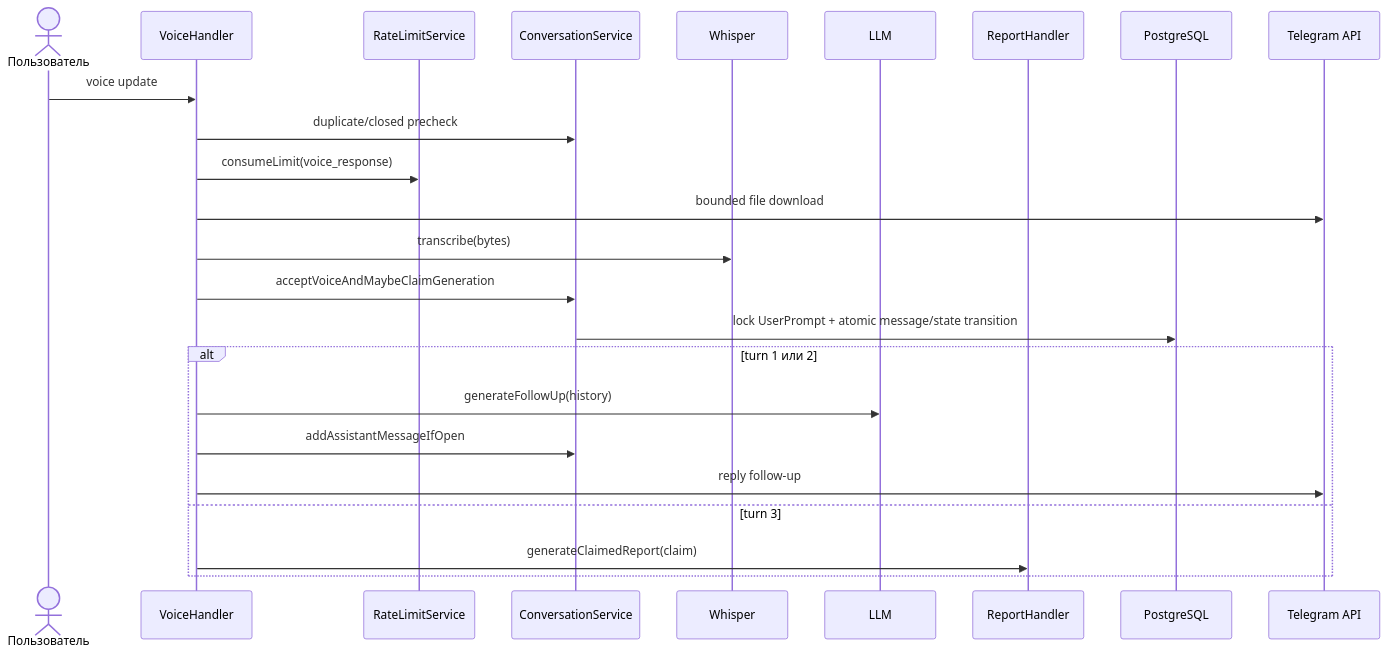
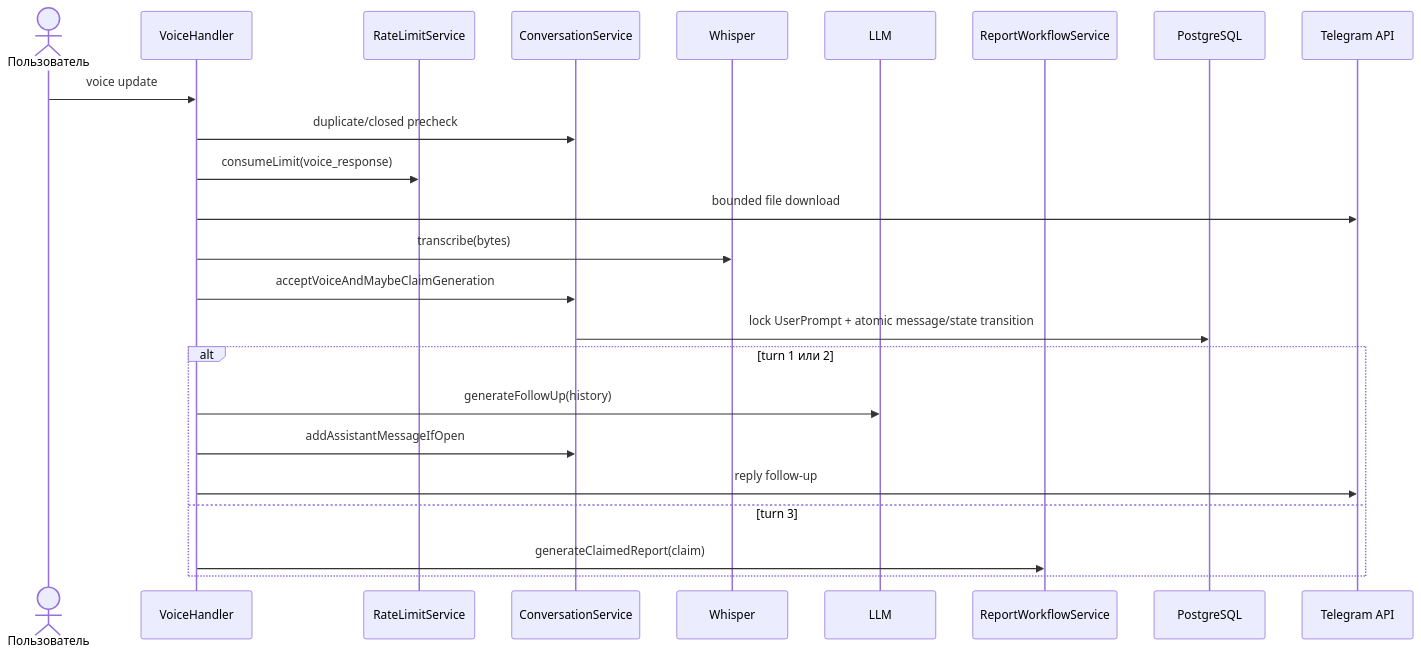
Before and after one commit to moredark/talking-bob: the second of 2 diagrams in docs/architecture/03-telegram-conversation.md, drawn with Mermaid. The commit also changed other lines of this file and 21 other files, not shown here.

Commit message:
refactor: extract report workflow logic into a new service

````diff
--- a/docs/architecture/03-telegram-conversation.md
+++ b/docs/architecture/03-telegram-conversation.md
@@ -91,27 +93,27 @@
 ```mermaid
 sequenceDiagram
     actor U as Пользователь
     participant V as VoiceHandler
     participant Q as RateLimitService
     participant C as ConversationService
     participant W as Whisper
     participant L as LLM
-    participant R as ReportHandler
+    participant R as ReportWorkflowService
     participant DB as PostgreSQL
     participant TG as Telegram API
 
     U->>V: voice update
     V->>C: duplicate/closed precheck
     V->>Q: consumeLimit(voice_response)
     V->>TG: bounded file download
     V->>W: transcribe(bytes)
     V->>C: acceptVoiceAndMaybeClaimGeneration
     C->>DB: lock UserPrompt + atomic message/state transition
     alt turn 1 или 2
         V->>L: generateFollowUp(history)
         V->>C: addAssistantMessageIfOpen
         V->>TG: reply follow-up
     else turn 3
         V->>R: generateClaimedReport(claim)
     end
 ```
````
